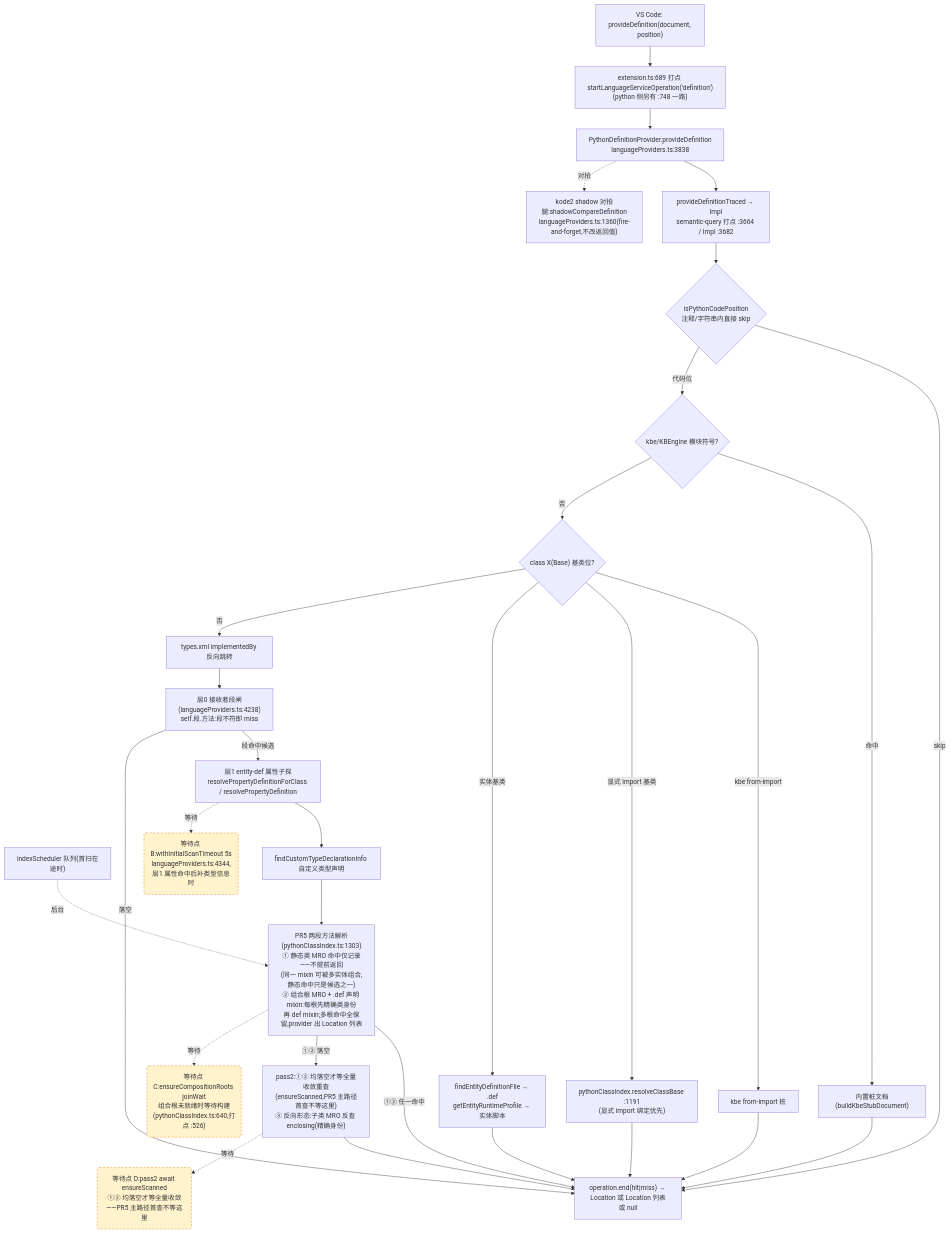
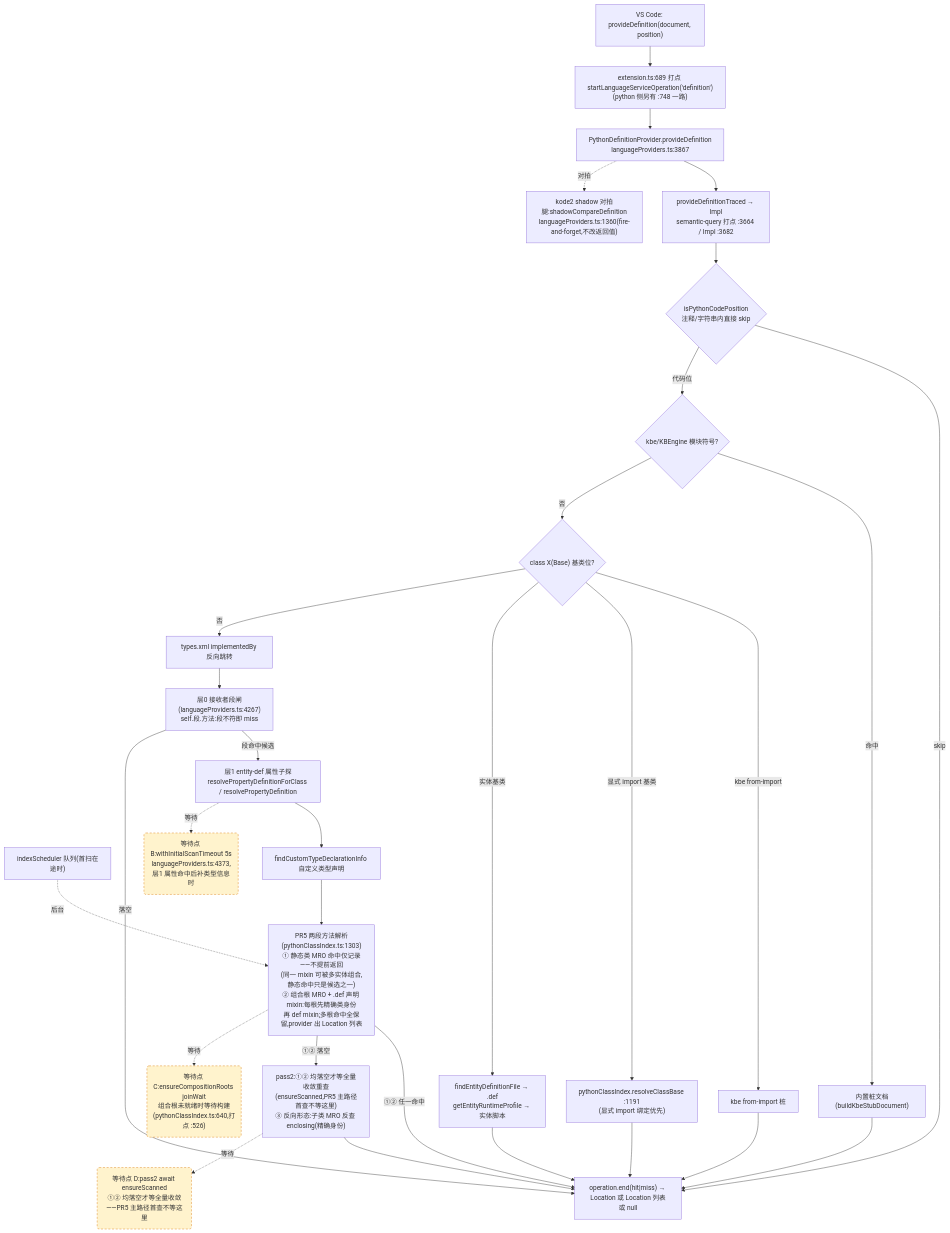
Before and after one commit to cuihairu/kode: the second of 4 diagrams in docs/perf/2026-baseline.md, drawn with Mermaid. The commit also changed other lines of this file and 15 other files, not shown here.

````diff
--- a/docs/perf/2026-baseline.md
+++ b/docs/perf/2026-baseline.md
@@ -130,51 +130,51 @@
 ```mermaid
 flowchart TD
   VC2["VS Code: provideDefinition(document, position)"]
   M2["extension.ts:689 打点 startLanguageServiceOperation('definition')<br/>(python 侧另有 :748 一路)"]
-  AD2["PythonDefinitionProvider.provideDefinition<br/>languageProviders.ts:3838"]
+  AD2["PythonDefinitionProvider.provideDefinition<br/>languageProviders.ts:3867"]
   TR["provideDefinitionTraced → Impl<br/>semantic-query 打点 :3664 / Impl :3682"]
   CTX{"isPythonCodePosition<br/>注释/字符串内直接 skip"}
   KBE{"kbe/KBEngine 模块符号?"}
   STUB["内置桩文档(buildKbeStubDocument)"]
   CB{"class X(Base) 基类位?"}
   CB1["kbe from-import 桩"]
   CB2["pythonClassIndex.resolveClassBase :1191<br/>(显式 import 绑定优先)"]
   CB3["findEntityDefinitionFile → .def<br/>getEntityRuntimeProfile → 实体脚本"]
   REV["types.xml implementedBy 反向跳转"]
-  L0["层0 接收者段闸(languageProviders.ts:4238)<br/>self.段.方法:段不符即 miss"]
+  L0["层0 接收者段闸(languageProviders.ts:4267)<br/>self.段.方法:段不符即 miss"]
   L1["层1 entity-def 属性子探<br/>resolvePropertyDefinitionForClass / resolvePropertyDefinition"]
   SCAN["indexScheduler 队列(首扫在途时)"]
   TY["findCustomTypeDeclarationInfo 自定义类型声明"]
   MRO["PR5 两段方法解析(pythonClassIndex.ts:1303)<br/>① 静态类 MRO 命中仅记录——不提前返回<br/>(同一 mixin 可被多实体组合,静态命中只是候选之一)<br/>② 组合根 MRO + .def 声明 mixin:每根先精确类身份<br/>再 def mixin;多根命中全保留,provider 出 Location 列表"]
   PASS2["pass2:①② 均落空才等全量收敛重查<br/>(ensureScanned,PR5 主路径首查不等这里)<br/>③ 反向形态:子类 MRO 反查 enclosing(精确身份)"]
   SHD["kode2 shadow 对拍腿:shadowCompareDefinition<br/>languageProviders.ts:1360(fire-and-forget,不改返回值)"]
   END2["operation.end(hit|miss) → Location 或 Location 列表或 null"]
 
   VC2 --> M2 --> AD2 --> TR --> CTX
   CTX -- "skip" --> END2
   CTX -- "代码位" --> KBE
   KBE -- "命中" --> STUB --> END2
   KBE -- "否" --> CB
   CB -- "kbe from-import" --> CB1 --> END2
   CB -- "显式 import 基类" --> CB2 --> END2
   CB -- "实体基类" --> CB3 --> END2
   CB -- "否" --> REV --> L0
   L0 -- "段命中候选" --> L1
   L0 -- "落空" --> END2
   L1 --> TY
   TY --> MRO
   MRO -- "①② 任一命中" --> END2
   MRO -- "①② 落空" --> PASS2 --> END2
   AD2 -.->|对拍| SHD
 
-  WAITB("等待点 B:withInitialScanTimeout 5s<br/>languageProviders.ts:4344,层1 属性命中后补类型信息时")
+  WAITB("等待点 B:withInitialScanTimeout 5s<br/>languageProviders.ts:4373,层1 属性命中后补类型信息时")
   WAITC("等待点 C:ensureCompositionRoots joinWait<br/>组合根未就绪时等待构建(pythonClassIndex.ts:640,打点 :526)")
   WAITD("等待点 D:pass2 await ensureScanned<br/>①② 均落空才等全量收敛——PR5 主路径首查不等这里")
   L1 -.->|等待| WAITB
   MRO -.->|等待| WAITC
   PASS2 -.->|等待| WAITD
   SCAN -.->|后台| MRO
 
   classDef waitPoint fill:#fff3cd,stroke:#d97706,stroke-dasharray:5 4;
   class WAITB,WAITC,WAITD waitPoint;
 ```
````
